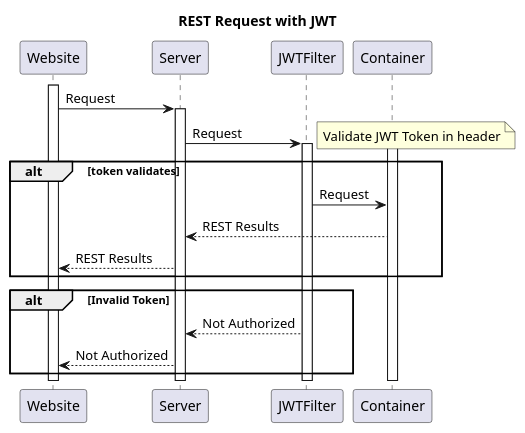
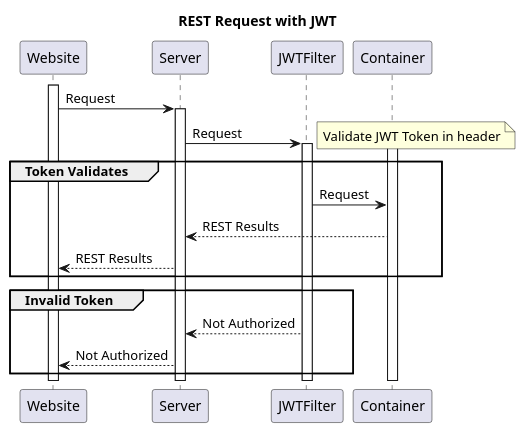
One commit to gtarcea/1DevDayTalk2014 changed the second of 2 diagrams in presentation/presentation.org. Above: the diagram before and after it, drawn with PlantUML. The commit also changed other lines of this file and 2 other files, not shown here.

Commit message:
More of presentation completed including Go code, diagrams and setup.

```diff
--- a/presentation/presentation.org
+++ b/presentation/presentation.org
@@ -216,23 +271,23 @@
 #+BEGIN_SRC plantuml :file rest_jwt.png
 title REST Request with JWT
 activate Website
 Website -> Server: Request
 activate Server
 Server -> JWTFilter: Request
 note right: Validate JWT Token in header
-alt token validates
+Group Token Validates
   activate JWTFilter
   activate Container
   JWTFilter -> Container: Request
   Server <-- Container: REST Results
   Website <-- Server: REST Results
 end
-alt Invalid Token
+Group Invalid Token
   Server <-- JWTFilter: Not Authorized
   Website <-- Server: Not Authorized
 end
 deactivate Server
 deactivate JWTFilter
 deactivate Container
 deactivate Website
 #+END_SRC
```
